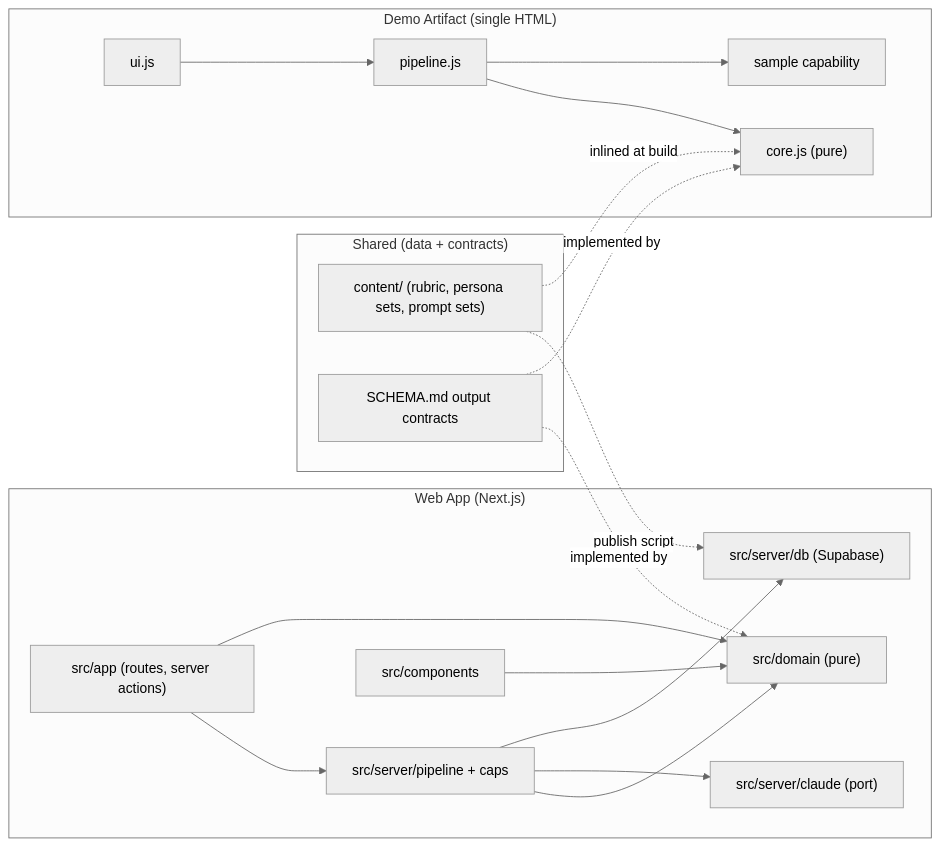
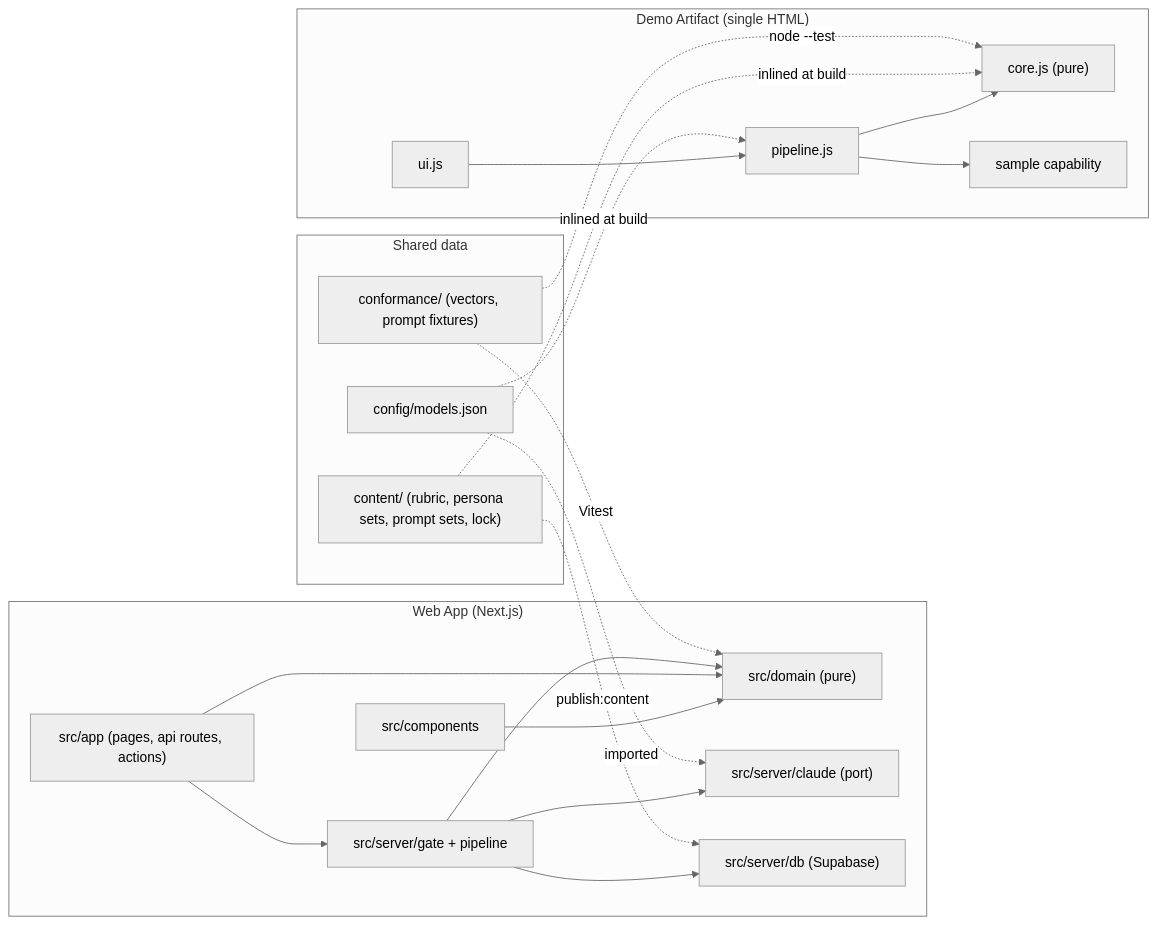
One commit to bennchristian/FC-Final-Project changed the first of 3 diagrams in _bmad-output/planning-artifacts/architecture/architecture-FC-Final-Project-2026-10-21/ARCHITECTURE-SPINE.md. Above: the diagram before and after it, drawn with Mermaid (neutral theme). The commit also changed other lines of this file and 14 other files, not shown here.

Commit message:
Architecture and Design UX Update

````diff
--- a/_bmad-output/planning-artifacts/architecture/architecture-FC-Final-Project-2026-10-21/ARCHITECTURE-SPINE.md
+++ b/_bmad-output/planning-artifacts/architecture/architecture-FC-Final-Project-2026-10-21/ARCHITECTURE-SPINE.md
@@ -31,23 +39,26 @@
 ```mermaid
 flowchart LR
-  subgraph shared["Shared (data + contracts)"]
-    C["content/ (rubric, persona sets, prompt sets)"]
-    K["SCHEMA.md output contracts"]
+  subgraph shared["Shared data"]
+    C["content/ (rubric, persona sets, prompt sets, lock)"]
+    V["conformance/ (vectors, prompt fixtures)"]
+    M["config/models.json"]
   end
   subgraph web["Web App (Next.js)"]
-    APP["src/app (routes, server actions)"] --> PIPE["src/server/pipeline + caps"]
+    APP["src/app (pages, api routes, actions)"] --> PIPE["src/server/gate + pipeline"]
     COMP["src/components"] --> DOM["src/domain (pure)"]
     APP --> DOM
     PIPE --> DOM
     PIPE --> CL["src/server/claude (port)"]
     PIPE --> DB["src/server/db (Supabase)"]
   end
   subgraph art["Demo Artifact (single HTML)"]
     UI["ui.js"] --> AP["pipeline.js"] --> AC["core.js (pure)"]
     AP --> S["sample capability"]
   end
-  C -. publish script .-> DB
-  C -. inlined at build .-> AC
-  K -. implemented by .-> DOM
-  K -. implemented by .-> AC
+  C -. "publish:content" .-> DB
+  C -. "inlined at build" .-> AC
+  M -. "imported" .-> CL
+  M -. "inlined at build" .-> AP
+  V -. "Vitest" .-> DOM
+  V -. "node --test" .-> AC
 ```
````
